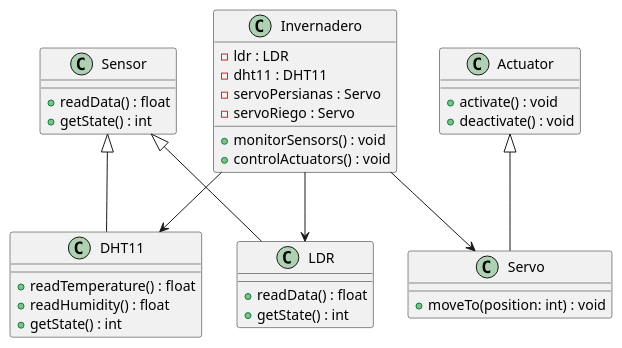
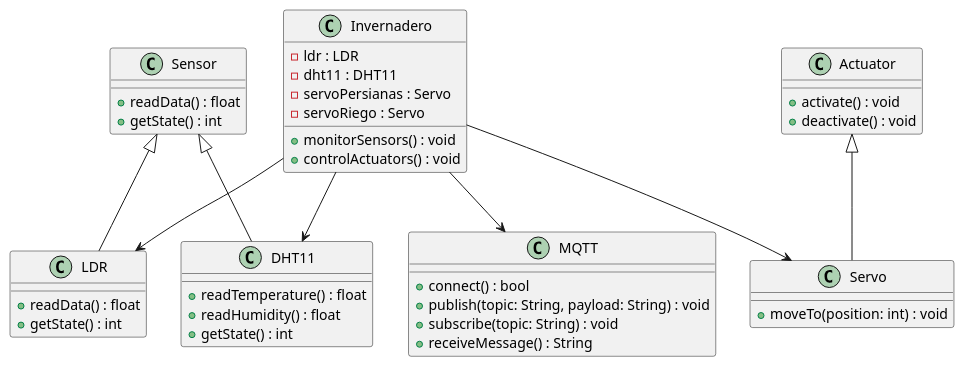
One commit to Focus0Wizard/greenhouse_project changed the diagram in diagrams/structure.puml. Above: the diagram before and after it, drawn with PlantUML.

Commit message:
change structure diagram, add mqtt

```diff
--- a/diagrams/structure.puml
+++ b/diagrams/structure.puml
@@ -1,42 +1,50 @@
 @startuml
 class Sensor {
   +readData() : float
   +getState() : int
 }
 
 class LDR {
   +readData() : float
   +getState() : int
 }
 
 class DHT11 {
   +readTemperature() : float
   +readHumidity() : float
   +getState() : int
 }
 
 class Actuator {
   +activate() : void
   +deactivate() : void
 }
 
 class Servo {
   +moveTo(position: int) : void
 }
 
 class Invernadero {
   -ldr : LDR
   -dht11 : DHT11
   -servoPersianas : Servo
   -servoRiego : Servo
   +monitorSensors() : void
   +controlActuators() : void
 }
 
+class MQTT {
+  +connect() : bool
+  +publish(topic: String, payload: String) : void
+  +subscribe(topic: String) : void
+  +receiveMessage() : String
+}
+
 Sensor <|-- LDR
 Sensor <|-- DHT11
 Actuator <|-- Servo
 Invernadero --> LDR
 Invernadero --> DHT11
 Invernadero --> Servo
+Invernadero --> MQTT
 @enduml
```
